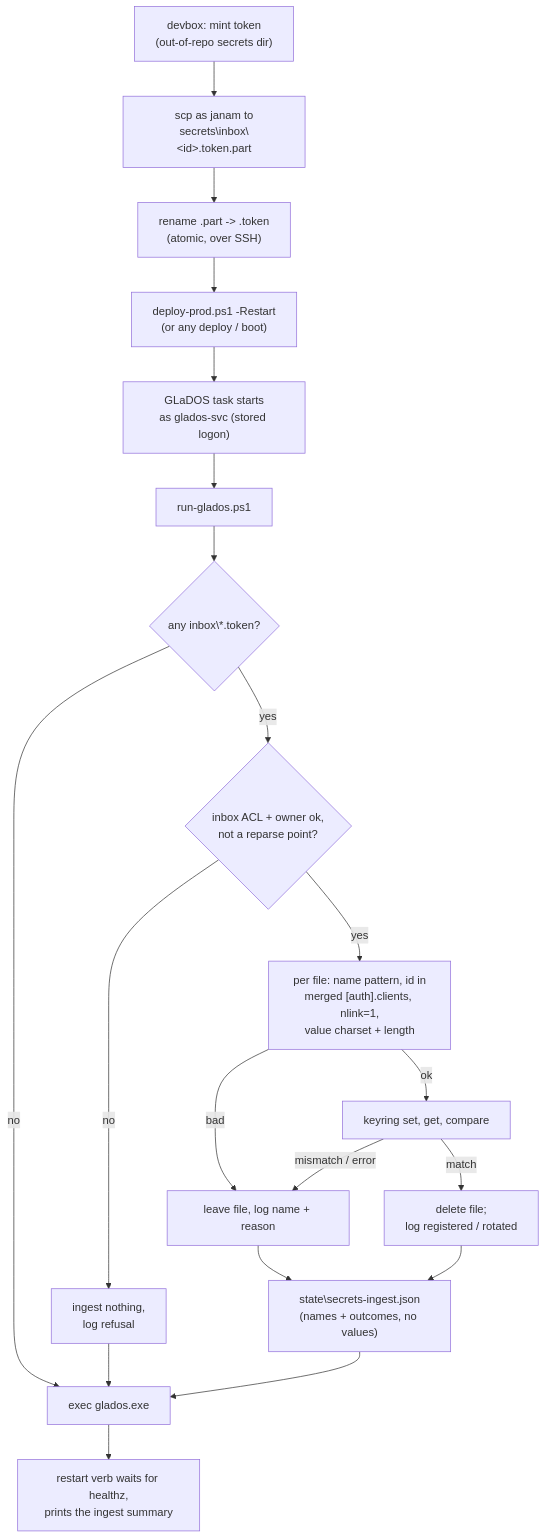
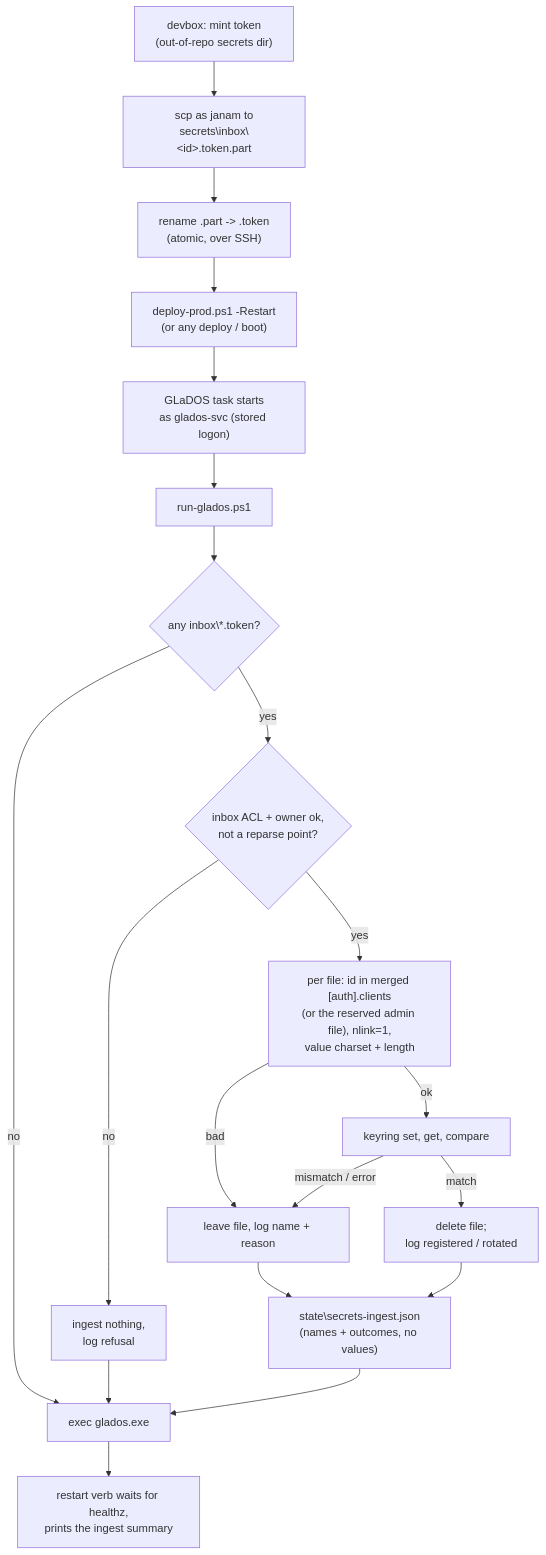
One commit to Qcko/Glados changed the second of 2 diagrams in DESIGN.md. Above: the diagram before and after it, drawn with Mermaid. The commit also changed other lines of this file and 6 other files, not shown here.

````diff
--- a/DESIGN.md
+++ b/DESIGN.md
@@ -132,21 +132,21 @@
 ```mermaid
 flowchart TD
     mint["devbox: mint token<br/>(out-of-repo secrets dir)"] --> scp["scp as janam to<br/>secrets\inbox\&lt;id&gt;.token.part"]
     scp --> mv["rename .part -> .token<br/>(atomic, over SSH)"]
     mv --> restart["deploy-prod.ps1 -Restart<br/>(or any deploy / boot)"]
     restart --> task["GLaDOS task starts<br/>as glados-svc (stored logon)"]
     task --> launcher["run-glados.ps1"]
     launcher --> any{"any inbox\*.token?"}
     any -- no --> server["exec glados.exe"]
     any -- yes --> acl{"inbox ACL + owner ok,<br/>not a reparse point?"}
     acl -- no --> refuse["ingest nothing,<br/>log refusal"] --> server
-    acl -- yes --> each["per file: name pattern, id in<br/>merged [auth].clients, nlink=1,<br/>value charset + length"]
+    acl -- yes --> each["per file: id in merged [auth].clients<br/>(or the reserved admin file), nlink=1,<br/>value charset + length"]
     each -- bad --> keep["leave file, log name + reason"]
     each -- ok --> store["keyring set, get, compare"]
     store -- mismatch / error --> keep
     store -- match --> del["delete file;<br/>log registered / rotated"]
     keep --> summary["state\secrets-ingest.json<br/>(names + outcomes, no values)"]
     del --> summary
     summary --> server
     server --> ready["restart verb waits for healthz,<br/>prints the ingest summary"]
 ```
````
